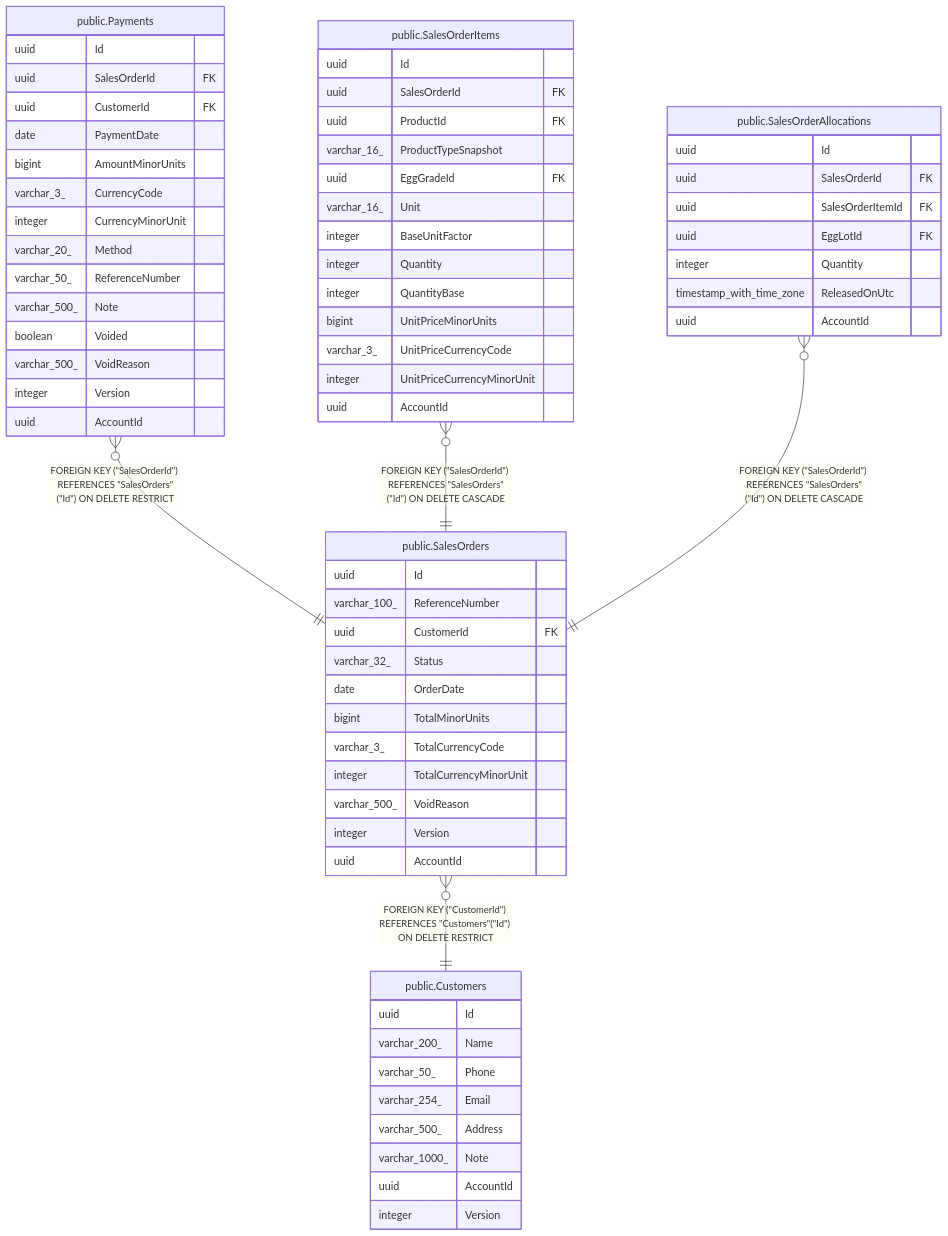
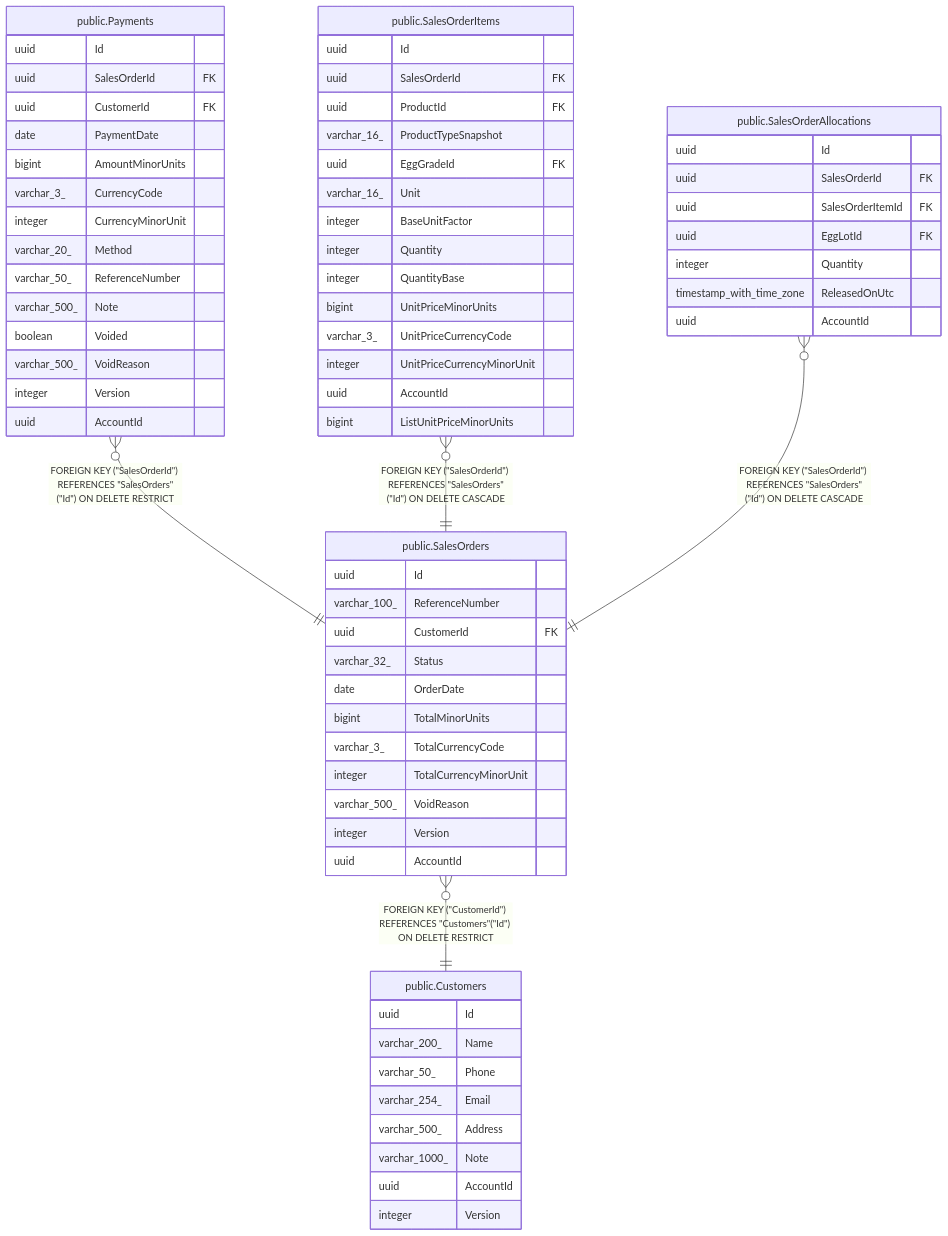
The diagram in docs/schema/public.SalesOrders.md (mforce/cluckwork), drawn with Mermaid before and after one commit. The commit also changed 9 other files, not shown here.

Commit message:
feat(sales): add the ListUnitPriceMinorUnits column

````diff
--- a/docs/schema/public.SalesOrders.md
+++ b/docs/schema/public.SalesOrders.md
@@ -52,72 +52,73 @@
 ```mermaid
 erDiagram
 
 "public.Payments" }o--|| "public.SalesOrders" : "FOREIGN KEY (#quot;SalesOrderId#quot;) REFERENCES #quot;SalesOrders#quot;(#quot;Id#quot;) ON DELETE RESTRICT"
 "public.SalesOrderItems" }o--|| "public.SalesOrders" : "FOREIGN KEY (#quot;SalesOrderId#quot;) REFERENCES #quot;SalesOrders#quot;(#quot;Id#quot;) ON DELETE CASCADE"
 "public.SalesOrderAllocations" }o--|| "public.SalesOrders" : "FOREIGN KEY (#quot;SalesOrderId#quot;) REFERENCES #quot;SalesOrders#quot;(#quot;Id#quot;) ON DELETE CASCADE"
 "public.SalesOrders" }o--|| "public.Customers" : "FOREIGN KEY (#quot;CustomerId#quot;) REFERENCES #quot;Customers#quot;(#quot;Id#quot;) ON DELETE RESTRICT"
 
 "public.SalesOrders" {
   uuid Id
   varchar_100_ ReferenceNumber
   uuid CustomerId FK
   varchar_32_ Status
   date OrderDate
   bigint TotalMinorUnits
   varchar_3_ TotalCurrencyCode
   integer TotalCurrencyMinorUnit
   varchar_500_ VoidReason
   integer Version
   uuid AccountId
 }
 "public.Payments" {
   uuid Id
   uuid SalesOrderId FK
   uuid CustomerId FK
   date PaymentDate
   bigint AmountMinorUnits
   varchar_3_ CurrencyCode
   integer CurrencyMinorUnit
   varchar_20_ Method
   varchar_50_ ReferenceNumber
   varchar_500_ Note
   boolean Voided
   varchar_500_ VoidReason
   integer Version
   uuid AccountId
 }
 "public.SalesOrderItems" {
   uuid Id
   uuid SalesOrderId FK
   uuid ProductId FK
   varchar_16_ ProductTypeSnapshot
   uuid EggGradeId FK
   varchar_16_ Unit
   integer BaseUnitFactor
   integer Quantity
   integer QuantityBase
   bigint UnitPriceMinorUnits
   varchar_3_ UnitPriceCurrencyCode
   integer UnitPriceCurrencyMinorUnit
   uuid AccountId
+  bigint ListUnitPriceMinorUnits
 }
 "public.SalesOrderAllocations" {
   uuid Id
   uuid SalesOrderId FK
   uuid SalesOrderItemId FK
   uuid EggLotId FK
   integer Quantity
   timestamp_with_time_zone ReleasedOnUtc
   uuid AccountId
 }
 "public.Customers" {
   uuid Id
   varchar_200_ Name
   varchar_50_ Phone
   varchar_254_ Email
   varchar_500_ Address
   varchar_1000_ Note
   uuid AccountId
   integer Version
 }
 ```
````
